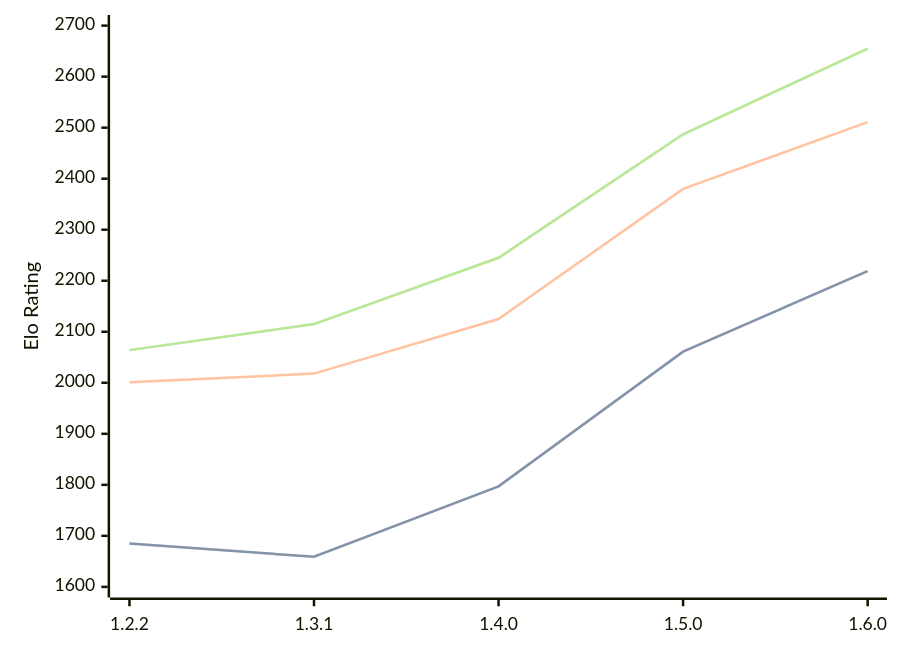
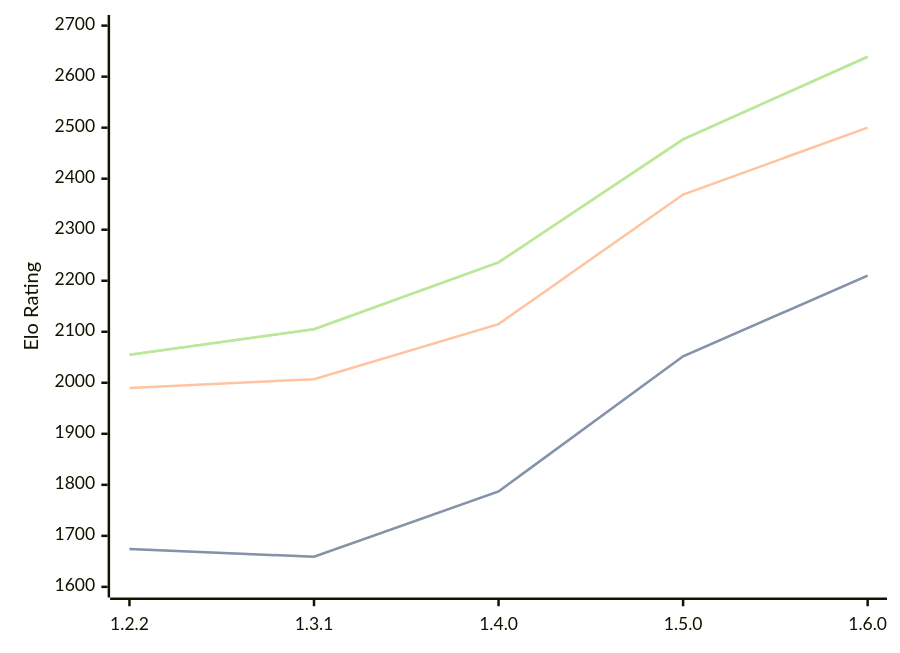
The diagram in engines/SoloEngine.md (computer-chess-index/cci), drawn with Mermaid before and after one commit. The commit also changed other lines of this file, not shown here.

Commit message:
Update CCI Ratings (ELO VLTC) - 2026-03-19

````diff
--- a/engines/SoloEngine.md
+++ b/engines/SoloEngine.md
@@ -33,11 +33,11 @@
 ```mermaid
 %%{init: {"theme":"base","themeVariables":{"seriesColors:['#a3a3a3','#222221','#faa371']}}}%%
 xychart-beta
   x-axis ["1.2.2", "1.3.1", "1.4.0", "1.5.0", "1.6.0"]
   y-axis "Elo Rating" 1600 --> 2700
-  line "STC (8.0+0.08s)" [1685, 1659, 1797, 2061, 2219]
-  line "STC (8.0+0.08s)" [1685, 1659, 1797, 2061, 2219]
-  line "LTC (60.0+0.60s)" [2001, 2018, 2125, 2380, 2511]
-  line "VLTC (2m24s+1.12s)" [2064, 2115, 2245, 2487, 2655]
-  line "VLTC (2m24s+1.12s)" [2064, 2115, 2245, 2487, 2655]
+  line "STC (8.0+0.08s)" [1674, 1659, 1787, 2052, 2210]
+  line "STC (8.0+0.08s)" [1674, 1659, 1787, 2052, 2210]
+  line "LTC (60.0+0.60s)" [1990, 2007, 2115, 2369, 2500]
+  line "VLTC (2m24s+1.12s)" [2055, 2105, 2236, 2477, 2639]
+  line "VLTC (2m24s+1.12s)" [2055, 2105, 2236, 2477, 2639]
 ```
````
